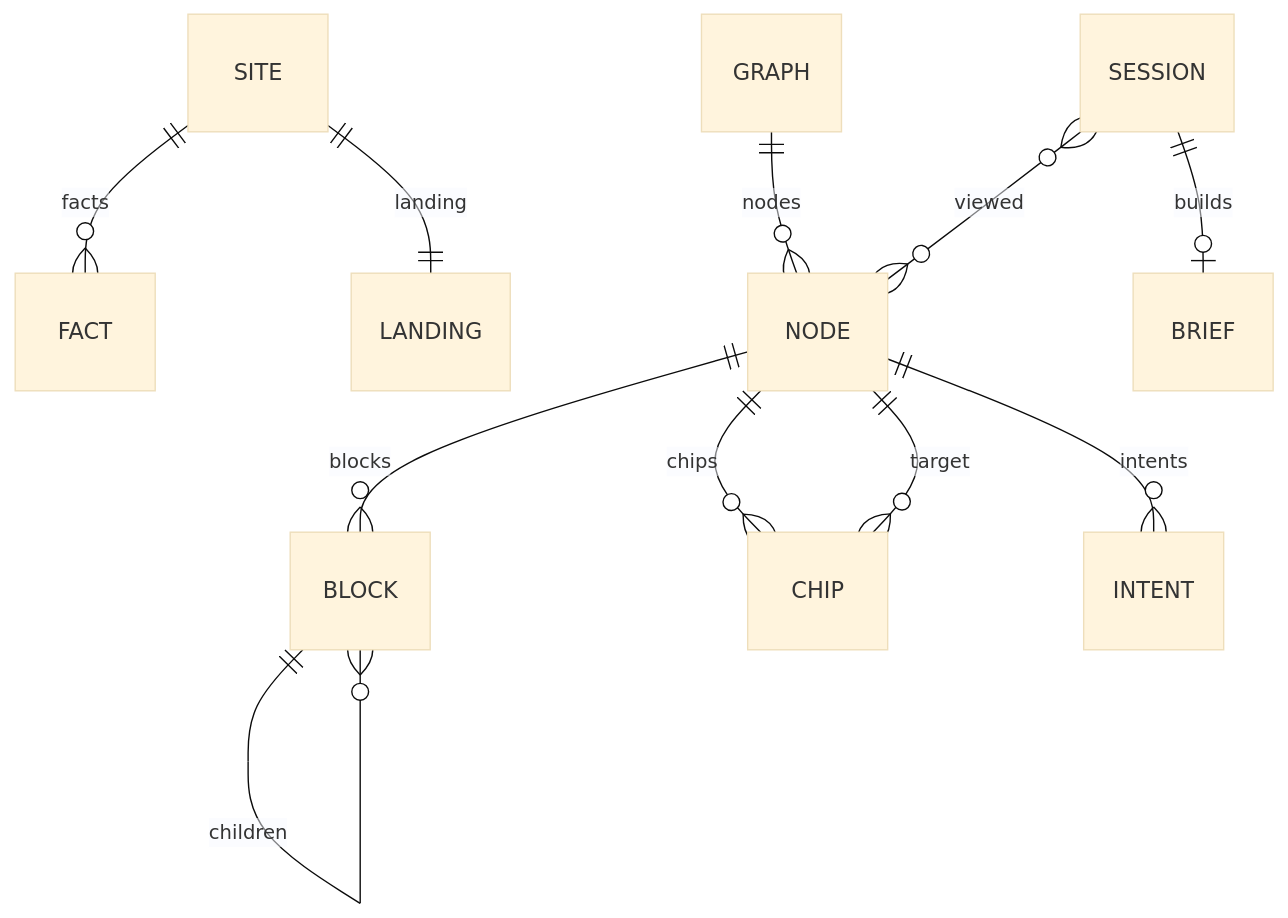
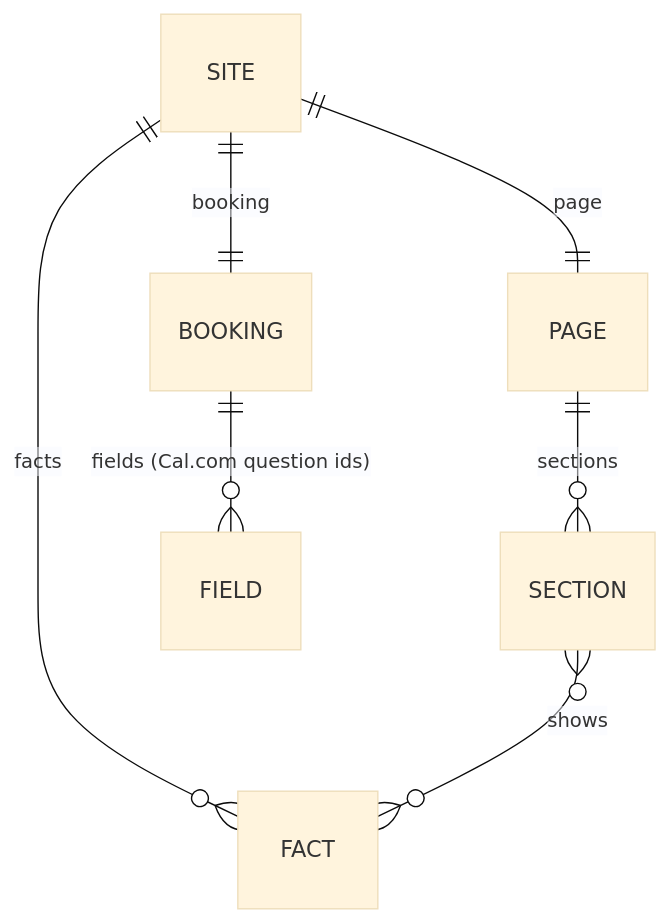
One commit to Rwb3n/rwb3n.github.io changed the diagram in _model/current/data.md. Above: the diagram before and after it, drawn with Mermaid (base theme). The commit also changed other lines of this file and 135 other files, not shown here.

First line of the commit message:
Phase 3: the site becomes one page that ends at a booked call

````diff
--- a/_model/current/data.md
+++ b/_model/current/data.md
@@ -5,13 +5,9 @@
 ```mermaid
 erDiagram
   SITE ||--o{ FACT : facts
-  SITE ||--|| LANDING : landing
-  GRAPH ||--o{ NODE : nodes
-  NODE ||--o{ BLOCK : blocks
-  NODE ||--o{ CHIP : chips
-  NODE ||--o{ INTENT : intents
-  CHIP }o--|| NODE : target
-  BLOCK ||--o{ BLOCK : children
-  SESSION }o--o{ NODE : viewed
-  SESSION ||--o| BRIEF : builds
+  SITE ||--|| PAGE : page
+  PAGE ||--o{ SECTION : sections
+  SITE ||--|| BOOKING : booking
+  BOOKING ||--o{ FIELD : "fields (Cal.com question ids)"
+  SECTION }o--o{ FACT : shows
 ```
````
